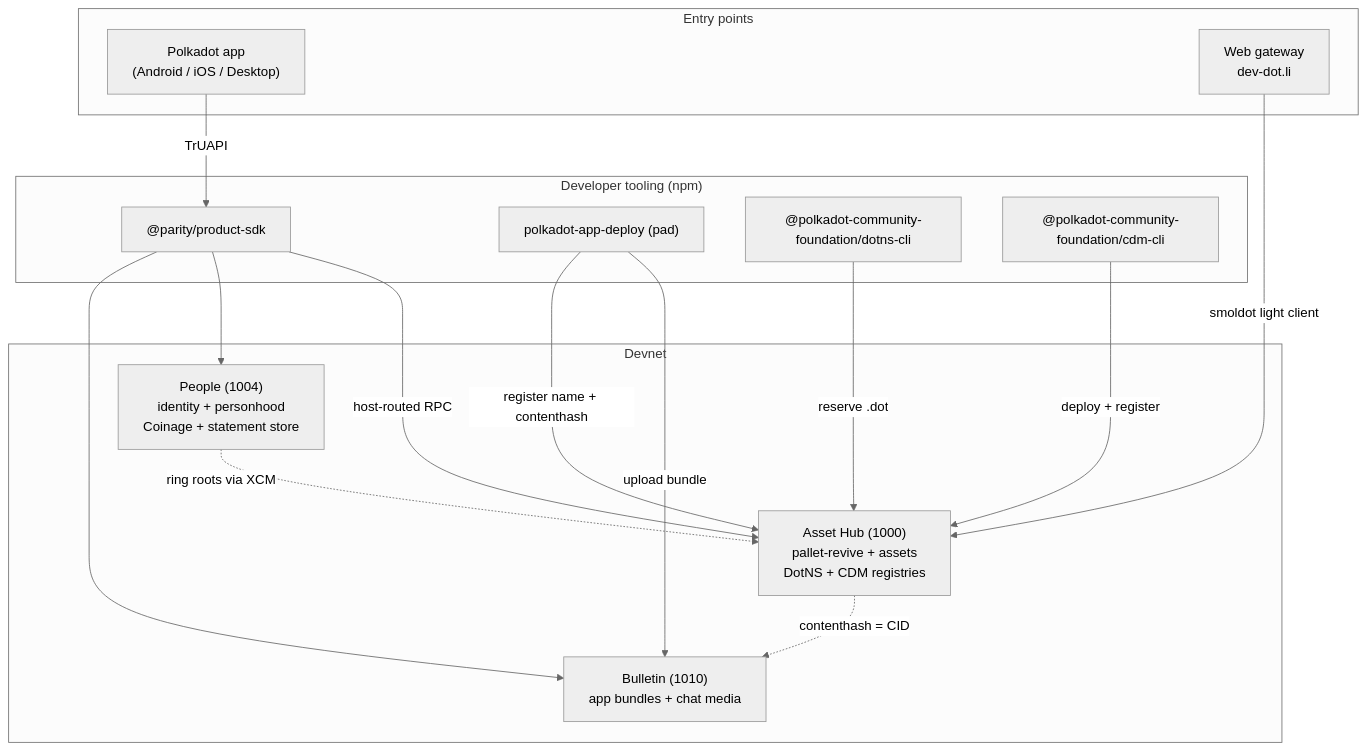
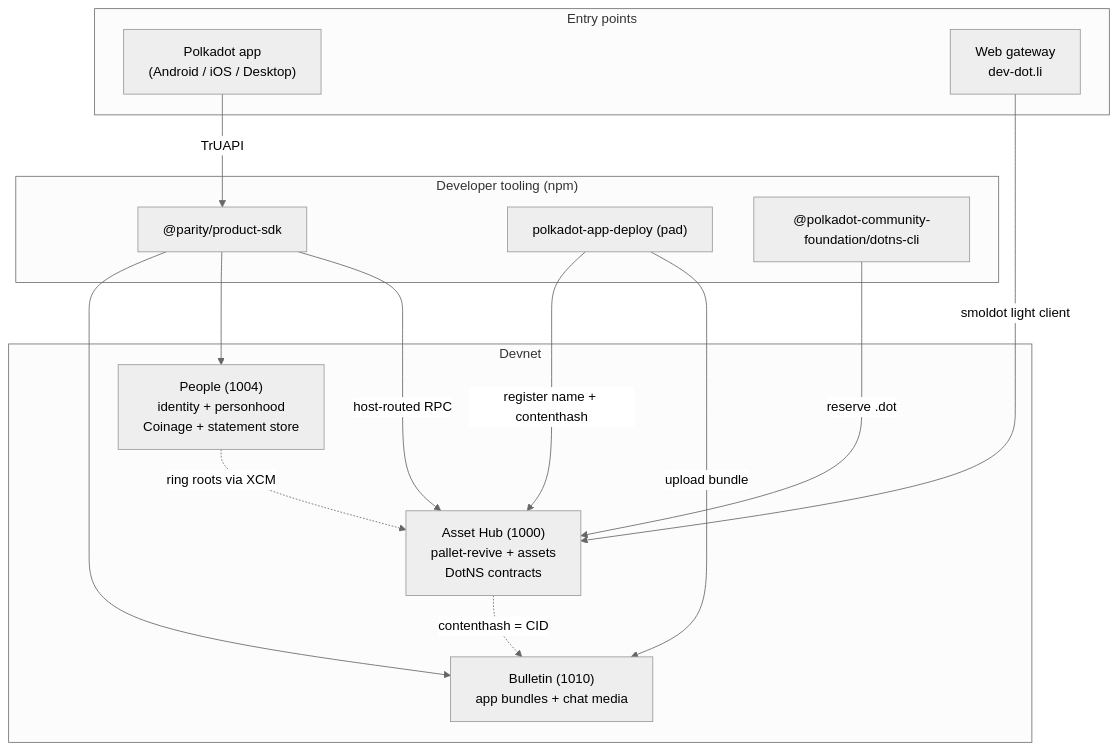
Before and after one commit to Polkadot-Community-Foundation/polkadot-app-docs: the diagram in docs/architecture/index.md, drawn with Mermaid (neutral theme). The commit also changed other lines of this file and 25 other files, not shown here.

First line of the commit message:
docs: document pad 0.22.1 and dotns-cli 1.0.0, take CDM out, update the October post

````diff
--- a/docs/architecture/index.md
+++ b/docs/architecture/index.md
@@ -43,34 +43,32 @@
 ```mermaid
 flowchart TD
   subgraph Clients["Entry points"]
     APP["Polkadot app<br/>(Android / iOS / Desktop)"]
     GW["Web gateway<br/>dev-dot.li"]
   end
 
   subgraph Dev["Developer tooling (npm)"]
     SDK["@parity/product-sdk"]
     PAD["polkadot-app-deploy (pad)"]
     DOTNS["@polkadot-community-foundation/dotns-cli"]
-    CDM["@polkadot-community-foundation/cdm-cli"]
   end
 
   subgraph Net["Devnet"]
-    AH["Asset Hub (1000)<br/>pallet-revive + assets<br/>DotNS + CDM registries"]
+    AH["Asset Hub (1000)<br/>pallet-revive + assets<br/>DotNS contracts"]
     PEOPLE["People (1004)<br/>identity + personhood<br/>Coinage + statement store"]
     BULLETIN["Bulletin (1010)<br/>app bundles + chat media"]
   end
 
   APP -->|TrUAPI| SDK
   GW -->|smoldot light client| AH
   SDK -->|host-routed RPC| AH
   SDK --> PEOPLE
   SDK --> BULLETIN
 
   PAD -->|upload bundle| BULLETIN
   PAD -->|register name + contenthash| AH
   DOTNS -->|reserve .dot| AH
-  CDM -->|deploy + register| AH
 
   AH -.->|contenthash = CID| BULLETIN
   PEOPLE -.->|ring roots via XCM| AH
 ```
````
